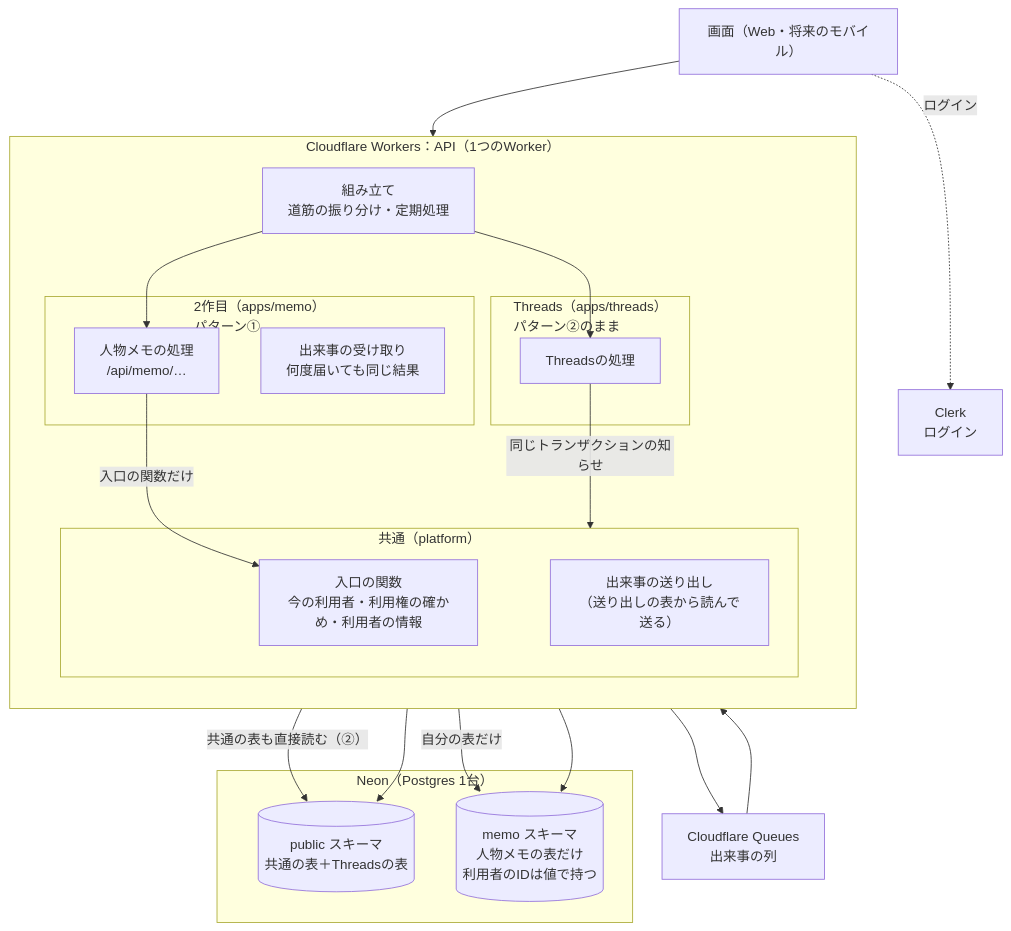
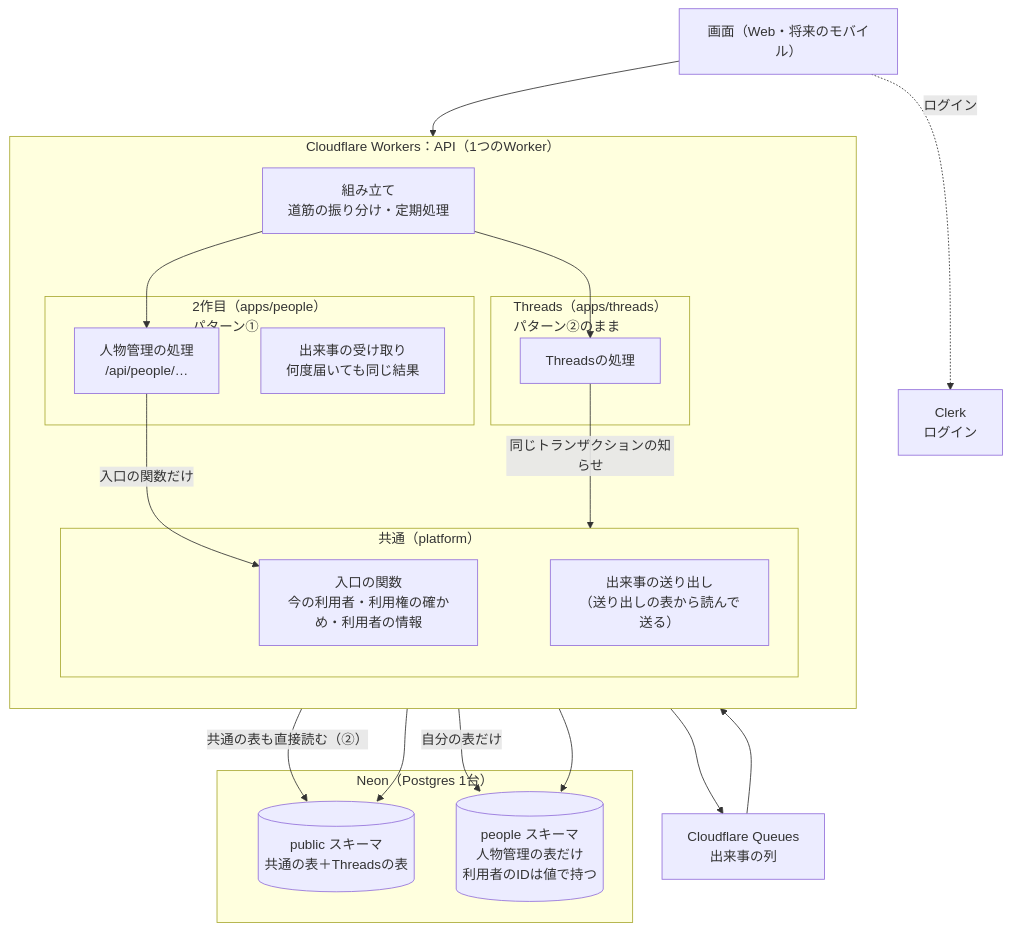
Before and after one commit to takumi-okuya-dev/meguru-app: the second of 5 diagrams in docs/app-separation.md, drawn with Mermaid. The commit also changed other lines of this file and 19 other files, not shown here.

````diff
--- a/docs/app-separation.md
+++ b/docs/app-separation.md
@@ -89,38 +89,38 @@
 ```mermaid
 flowchart TB
   web["画面（Web・将来のモバイル）"]
   clerk["Clerk<br/>ログイン"]
   subgraph worker["Cloudflare Workers：API（1つのWorker）"]
     direction TB
     compose["組み立て<br/>道筋の振り分け・定期処理"]
     subgraph platform["共通（platform）"]
       pentry["入口の関数<br/>今の利用者・利用権の確かめ・利用者の情報"]
       outbox["出来事の送り出し<br/>（送り出しの表から読んで送る）"]
     end
     subgraph threads["Threads（apps/threads）<br/>パターン②のまま"]
       tcode["Threadsの処理"]
     end
-    subgraph memo["2作目（apps/memo）<br/>パターン①"]
-      mcode["人物メモの処理<br/>/api/memo/…"]
+    subgraph people["2作目（apps/people）<br/>パターン①"]
+      mcode["人物管理の処理<br/>/api/people/…"]
       mconsumer["出来事の受け取り<br/>何度届いても同じ結果"]
     end
   end
   queue["Cloudflare Queues<br/>出来事の列"]
   subgraph neon["Neon（Postgres 1台）"]
     pub[("public スキーマ<br/>共通の表＋Threadsの表")]
-    mschema[("memo スキーマ<br/>人物メモの表だけ<br/>利用者のIDは値で持つ")]
+    mschema[("people スキーマ<br/>人物管理の表だけ<br/>利用者のIDは値で持つ")]
   end
 
   web --> compose
   web -. "ログイン" .-> clerk
   compose --> tcode
   compose --> mcode
   tcode -- "共通の表も直接読む（②）" --> pub
   tcode -- "同じトランザクションの知らせ" --> platform
   mcode -- "入口の関数だけ" --> pentry
   mcode -- "自分の表だけ" --> mschema
   pentry --> pub
   outbox --> queue
   queue --> mconsumer
   mconsumer --> mschema
 ```
````
